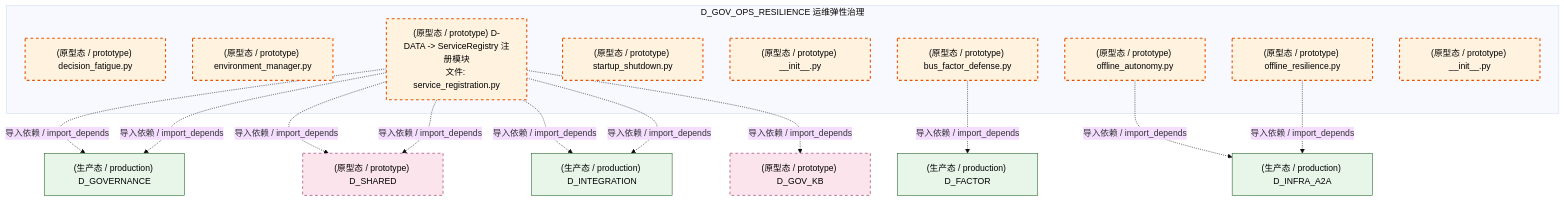
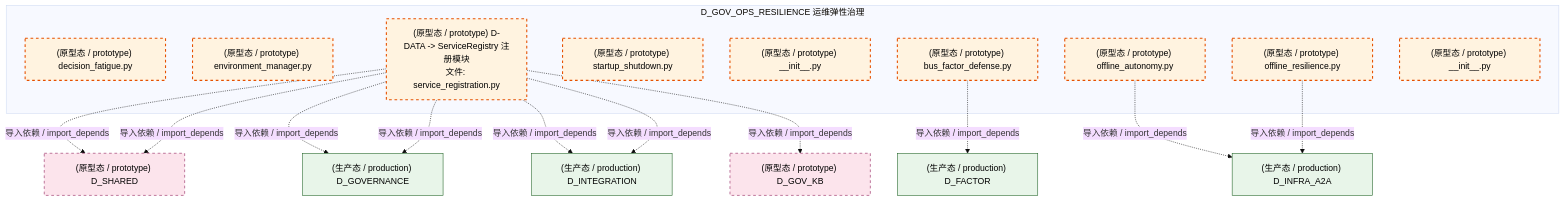
One commit to xuanFelixVan/ZephyrAlpha changed the fifth of 6 diagrams in docs/02_enterprise_architecture/02_domain_architecture_docs/17_d_gov_ops_resilience.md. Above: the diagram before and after it, drawn with Mermaid (base theme). The commit also changed other lines of this file and 115 other files, not shown here.

````diff
--- a/docs/02_enterprise_architecture/02_domain_architecture_docs/17_d_gov_ops_resilience.md
+++ b/docs/02_enterprise_architecture/02_domain_architecture_docs/17_d_gov_ops_resilience.md
@@ -570,37 +572,37 @@
 ```mermaid
 graph TD
     subgraph D_GOV_OPS_RESILIENCE["D_GOV_OPS_RESILIENCE 运维弹性治理"]
         src_zephyr_governance_ops_governance_decision_fatigue_py["(原型态 / prototype) decision_fatigue.py"]
         src_zephyr_governance_ops_governance_environment_manager_py["(原型态 / prototype) environment_manager.py"]
         src_zephyr_governance_ops_governance_service_registration_py["(原型态 / prototype) D-DATA -> ServiceRegistry 注册模块<br/>文件: service_registration.py"]
         src_zephyr_governance_ops_governance_startup_shutdown_py["(原型态 / prototype) startup_shutdown.py"]
         src_zephyr_governance_resilience_governance_init_py["(原型态 / prototype) __init__.py"]
         src_zephyr_governance_resilience_governance_bus_factor_defense_py["(原型态 / prototype) bus_factor_defense.py"]
         src_zephyr_governance_resilience_governance_offline_autonomy_py["(原型态 / prototype) offline_autonomy.py"]
         src_zephyr_governance_resilience_governance_offline_resilience_py["(原型态 / prototype) offline_resilience.py"]
         src_zephyr_governance_security_governance_init_py["(原型态 / prototype) __init__.py"]
     end
-    D_GOVERNANCE["(生产态 / production) D_GOVERNANCE"]
-    src_zephyr_governance_ops_governance_service_registration_py -.->|导入依赖 / import_depends| D_GOVERNANCE
     D_SHARED["(原型态 / prototype) D_SHARED"]
     src_zephyr_governance_ops_governance_service_registration_py -.->|导入依赖 / import_depends| D_SHARED
+    D_GOVERNANCE["(生产态 / production) D_GOVERNANCE"]
     src_zephyr_governance_ops_governance_service_registration_py -.->|导入依赖 / import_depends| D_GOVERNANCE
     D_INFRA_A2A["(生产态 / production) D_INFRA_A2A"]
     src_zephyr_governance_resilience_governance_offline_autonomy_py -.->|导入依赖 / import_depends| D_INFRA_A2A
+    src_zephyr_governance_ops_governance_service_registration_py -.->|导入依赖 / import_depends| D_GOVERNANCE
     src_zephyr_governance_resilience_governance_offline_resilience_py -.->|导入依赖 / import_depends| D_INFRA_A2A
     src_zephyr_governance_ops_governance_service_registration_py -.->|导入依赖 / import_depends| D_SHARED
     D_FACTOR["(生产态 / production) D_FACTOR"]
     src_zephyr_governance_resilience_governance_bus_factor_defense_py -.->|导入依赖 / import_depends| D_FACTOR
     D_INTEGRATION["(生产态 / production) D_INTEGRATION"]
     src_zephyr_governance_ops_governance_service_registration_py -.->|导入依赖 / import_depends| D_INTEGRATION
     src_zephyr_governance_ops_governance_service_registration_py -.->|导入依赖 / import_depends| D_INTEGRATION
     D_GOV_KB["(原型态 / prototype) D_GOV_KB"]
     src_zephyr_governance_ops_governance_service_registration_py -.->|导入依赖 / import_depends| D_GOV_KB
     classDef production fill:#e1f5fe,stroke:#01579b,stroke-width:2px,color:#000
     classDef design fill:#fff3e0,stroke:#e65100,stroke-width:2px,color:#000,stroke-dasharray: 5 5
     classDef external_prod fill:#e8f5e9,stroke:#1b5e20,stroke-width:1px,color:#000
     classDef external_design fill:#fce4ec,stroke:#880e4f,stroke-width:1px,color:#000,stroke-dasharray: 5 5
     class src_zephyr_governance_ops_governance_decision_fatigue_py,src_zephyr_governance_ops_governance_environment_manager_py,src_zephyr_governance_ops_governance_service_registration_py,src_zephyr_governance_ops_governance_startup_shutdown_py,src_zephyr_governance_resilience_governance_init_py,src_zephyr_governance_resilience_governance_bus_factor_defense_py,src_zephyr_governance_resilience_governance_offline_autonomy_py,src_zephyr_governance_resilience_governance_offline_resilience_py,src_zephyr_governance_security_governance_init_py design
     class D_GOVERNANCE,D_INFRA_A2A,D_FACTOR,D_INTEGRATION external_prod
     class D_SHARED,D_GOV_KB external_design
 ```
````
